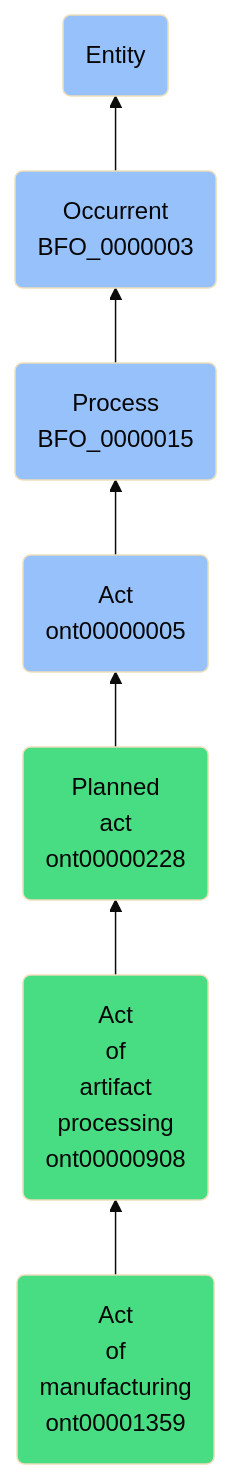
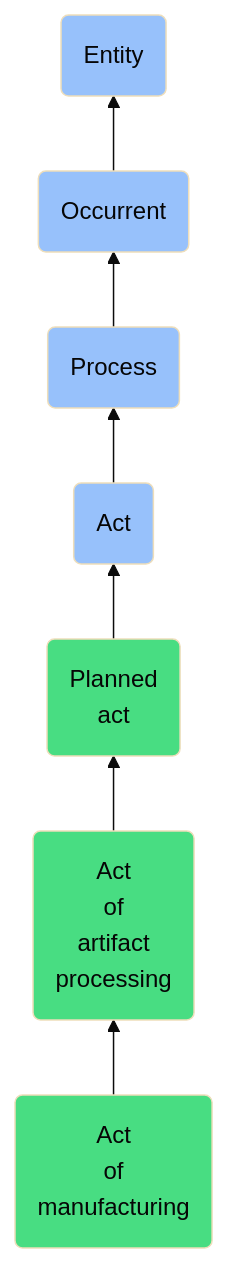
The diagram in docs/ontology/reference/model/Entity/Occurrent/Process/Act/Planned act/Act of artifact processing/Act of manufacturing/Act of manufacturing.md (jupyter-naas/abi), drawn with Mermaid (base theme) before and after one commit. The commit also changed other lines of this file and 1430 other files, not shown here.

````diff
--- a/docs/ontology/reference/model/Entity/Occurrent/Process/Act/Planned act/Act of artifact processing/Act of manufacturing/Act of manufacturing.md
+++ b/docs/ontology/reference/model/Entity/Occurrent/Process/Act/Planned act/Act of artifact processing/Act of manufacturing/Act of manufacturing.md
@@ -24,14 +24,14 @@
 ```mermaid
 graph BT
-    ont00001359(Act<br>of<br>manufacturing<br>ont00001359):::ABI-->ont00000908
-    ont00000908(Act<br>of<br>artifact<br>processing<br>ont00000908):::ABI-->ont00000228
-    ont00000228(Planned<br>act<br>ont00000228):::ABI-->ont00000005
-    ont00000005(Act<br>ont00000005):::BFO-->BFO_0000015
-    BFO_0000015(Process<br>BFO_0000015):::BFO-->BFO_0000003
-    BFO_0000003(Occurrent<br>BFO_0000003):::BFO-->BFO_0000001
+    ont00001359(Act<br>of<br>manufacturing):::ABI-->ont00000908
+    ont00000908(Act<br>of<br>artifact<br>processing):::ABI-->ont00000228
+    ont00000228(Planned<br>act):::ABI-->ont00000005
+    ont00000005(Act):::BFO-->BFO_0000015
+    BFO_0000015(Process):::BFO-->BFO_0000003
+    BFO_0000003(Occurrent):::BFO-->BFO_0000001
     BFO_0000001(Entity):::BFO
     
     classDef BFO fill:#97c1fb,color:#060606
     classDef CCO fill:#e4c51e,color:#060606
     classDef ABI fill:#48DD82,color:#060606
 ```
````
